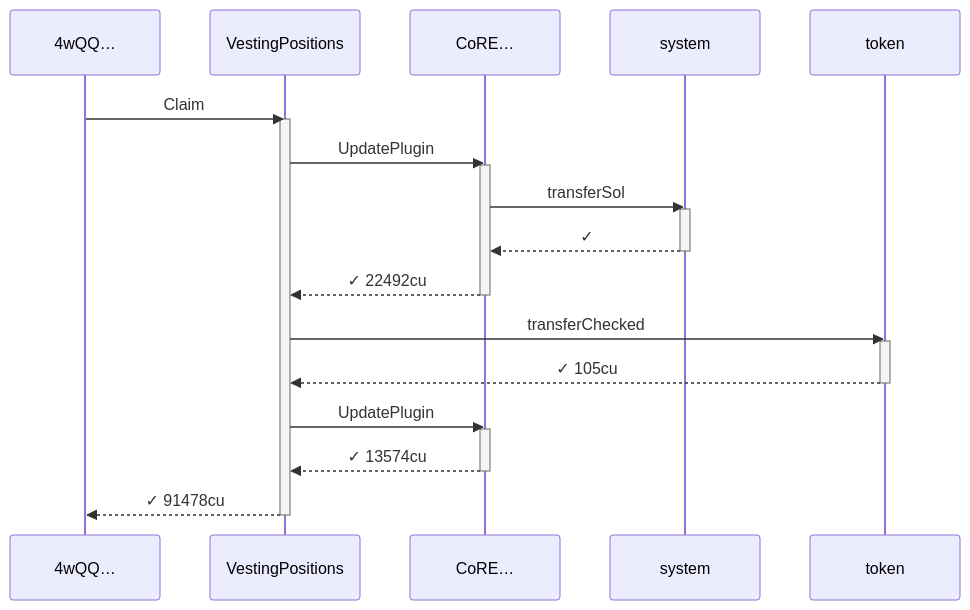
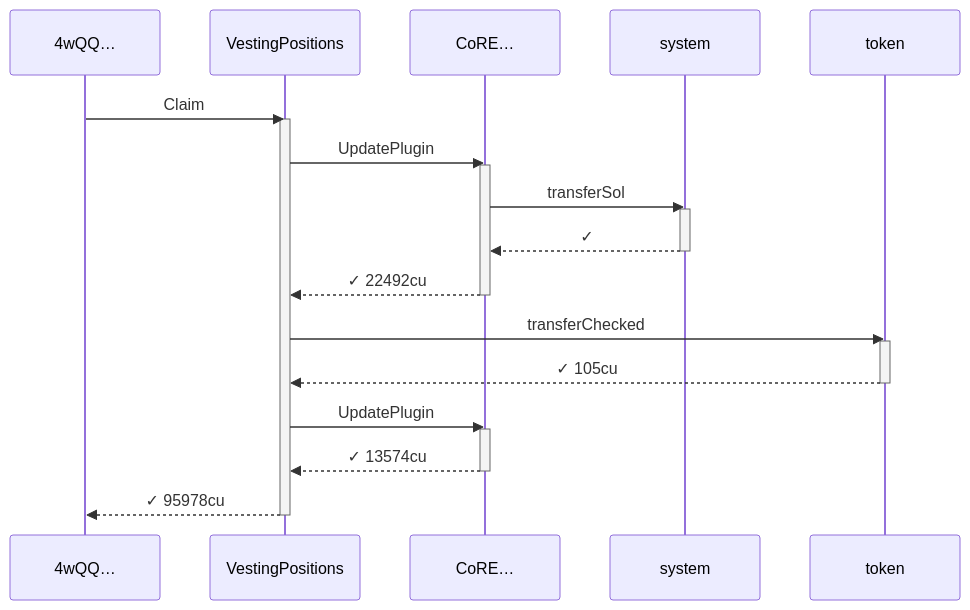
The seventh of 9 diagrams in babelfish-tests/test-report/pure_linear_starts_at_cliff_end.md (cds-turbin3/vesting-position), drawn with Mermaid before and after one commit. The commit also changed other lines of this file and 106 other files, not shown here.

````diff
--- a/babelfish-tests/test-report/pure_linear_starts_at_cliff_end.md
+++ b/babelfish-tests/test-report/pure_linear_starts_at_cliff_end.md
@@ -369,28 +380,28 @@
 ```mermaid
 sequenceDiagram
     participant p0 as 4wQQ…
     participant p1 as VestingPositions
     participant p2 as CoRE…
     participant p3 as system
     participant p4 as token
     p0->>p1: Claim
     activate p1
     p1->>p2: UpdatePlugin
     activate p2
     p2->>p3: transferSol
     activate p3
     p3-->>p2: ✓
     deactivate p3
     p2-->>p1: ✓ 22492cu
     deactivate p2
     p1->>p4: transferChecked
     activate p4
     p4-->>p1: ✓ 105cu
     deactivate p4
     p1->>p2: UpdatePlugin
     activate p2
     p2-->>p1: ✓ 13574cu
     deactivate p2
-    p1-->>p0: ✓ 91478cu
+    p1-->>p0: ✓ 95978cu
     deactivate p1
 ```
````
